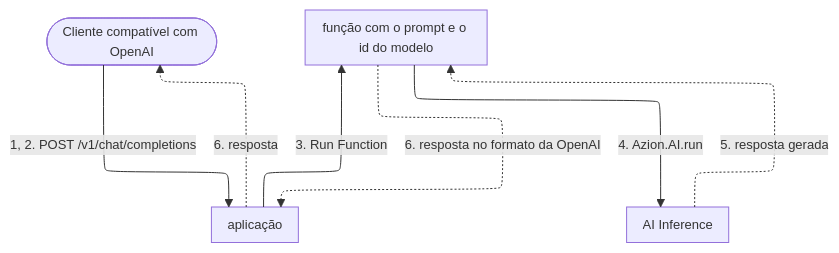
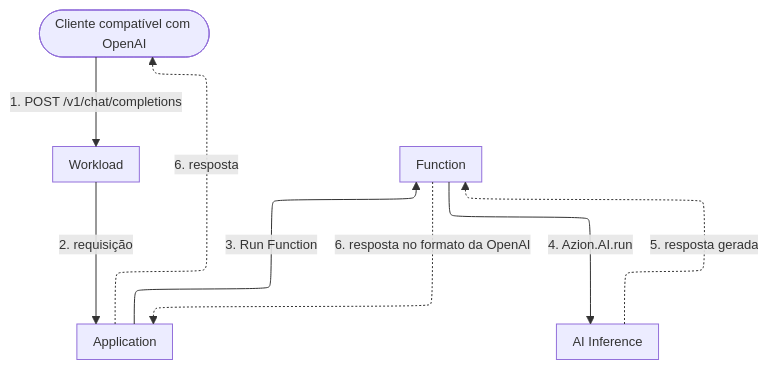
The diagram in apps/docs/src/content/docs/pt-br/pages/arquiteturas/artificial-intelligence/ai-inference-architecture.mdx (aziontech/docs), drawn with Mermaid before and after one commit. The commit also changed other lines of this file and 3 other files, not shown here.

First line of the commit message:
fix(ai-inference): correct the inference architecture and the Azion.AI runtime reference

````diff
--- a/apps/docs/src/content/docs/pt-br/pages/arquiteturas/artificial-intelligence/ai-inference-architecture.mdx
+++ b/apps/docs/src/content/docs/pt-br/pages/arquiteturas/artificial-intelligence/ai-inference-architecture.mdx
@@ -25,14 +25,16 @@
 ```mermaid
 %%{init: {"layout": "elk", "elk": {"cycleBreakingStrategy": "MODEL_ORDER"}, "themeVariables": {"fontSize": "13px"}, "flowchart": {"nodeSpacing": 24, "rankSpacing": 36, "padding": 8, "wrappingWidth": 150, "useMaxWidth": true}, "sequence": {"width": 120, "actorMargin": 30, "useMaxWidth": true}}}%%
 flowchart TD
   Client(["Cliente compatível com OpenAI"])
-  App["aplicação"]
-  Fn["função com o prompt e o id do modelo"]
+  WL["Workload"]
+  App["Application"]
+  Fn["Function"]
   AI["AI Inference"]
-  Client -->|"1, 2. POST /v1/chat/completions"| App
+  Client -->|"1. POST /v1/chat/completions"| WL
+  WL -->|"2. requisição"| App
   App -->|"3. Run Function"| Fn
   Fn -->|"4. Azion.AI.run"| AI
   AI -.->|"5. resposta gerada"| Fn
   Fn -.->|"6. resposta no formato da OpenAI"| App
   App -.->|"6. resposta"| Client
 ```
````
